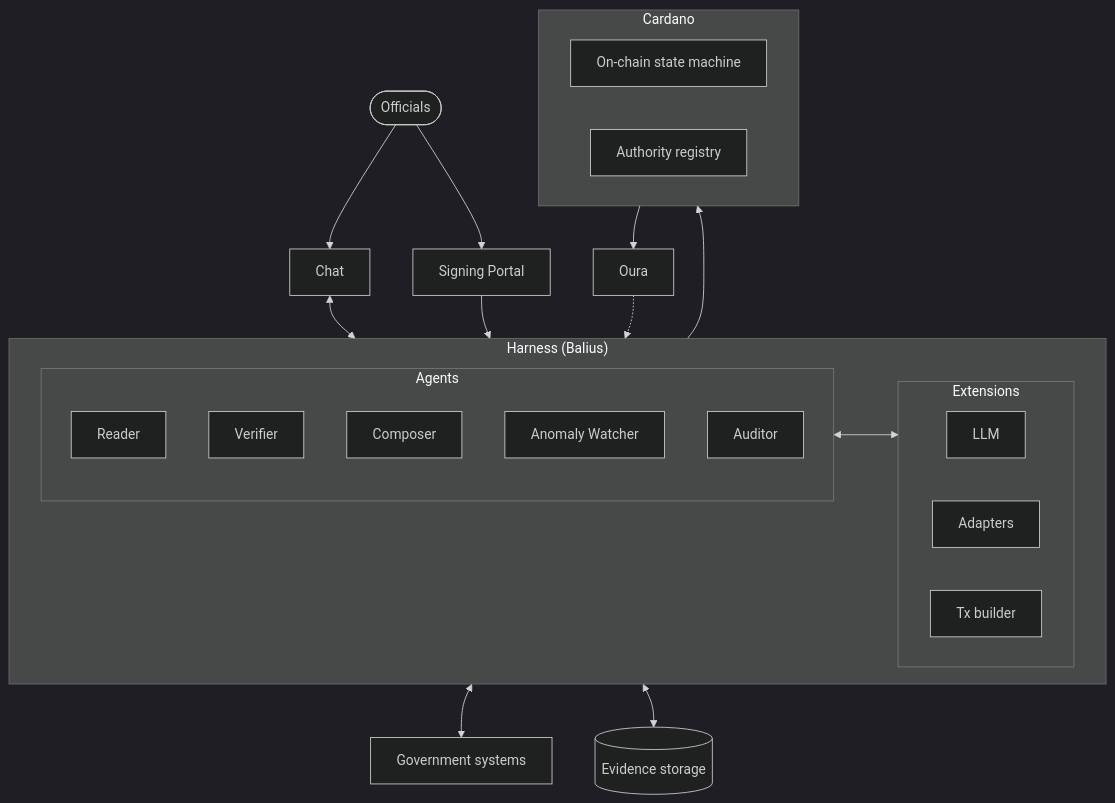
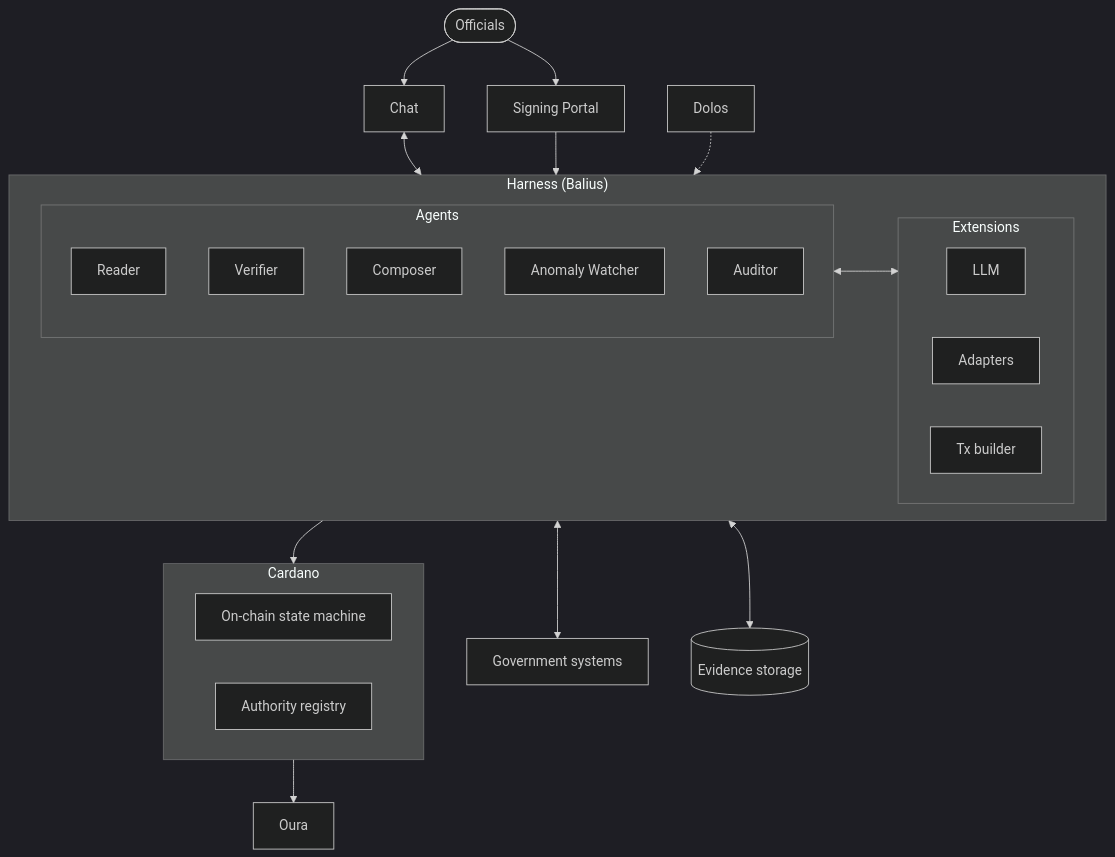
Before and after one commit to txpipe/gov.exe: the first of 2 diagrams in README.md, drawn with Mermaid (dark theme). The commit also changed 1 other file, not shown here.

Commit message:
Tweak diagram: Dolos for reads, Oura for chain events
Adds Dolos back as the read-side node (Dolos -.-> Extensions), keeps
Oura as the chain-event sink (Cardano --> Oura). Syncs both README and
architecture doc.

````diff
--- a/README.md
+++ b/README.md
@@ -42,43 +42,43 @@
 ```mermaid
 flowchart TB
     Officials([Officials])
     Gov[Government systems]
 
     Chat[Chat]
     Portal[Signing Portal]
     Evidence[(Evidence storage)]
 
     subgraph Harness["Harness (Balius)"]
         direction LR
         subgraph Agents["Agents"]
             Reader
             Verifier
             Composer
             Watcher[Anomaly Watcher]
             Auditor
         end
         subgraph Extensions["Extensions"]
             LLM
             Adapters
             TxBuilder[Tx builder]
         end
     end
 
     subgraph Cardano["Cardano"]
         StateMachine[On-chain state machine]
         Registry[Authority registry]
     end
 
-    Oura
+    Dolos
 
     Officials --> Chat
     Officials --> Portal
     Chat <--> Agents
     Portal --> Agents
     Agents <--> Extensions
     Extensions <--> Gov
     Extensions <--> Evidence
     TxBuilder --> Cardano
     Cardano --> Oura
-    Oura -.-> Extensions
+    Dolos -.-> Extensions
 ```
````
